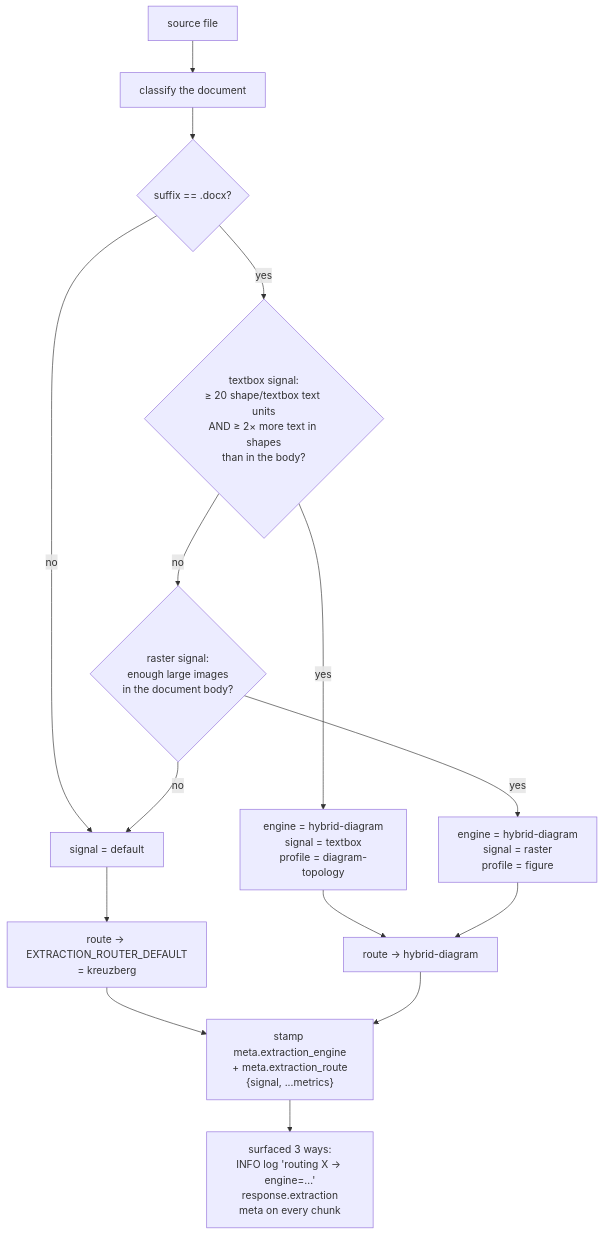
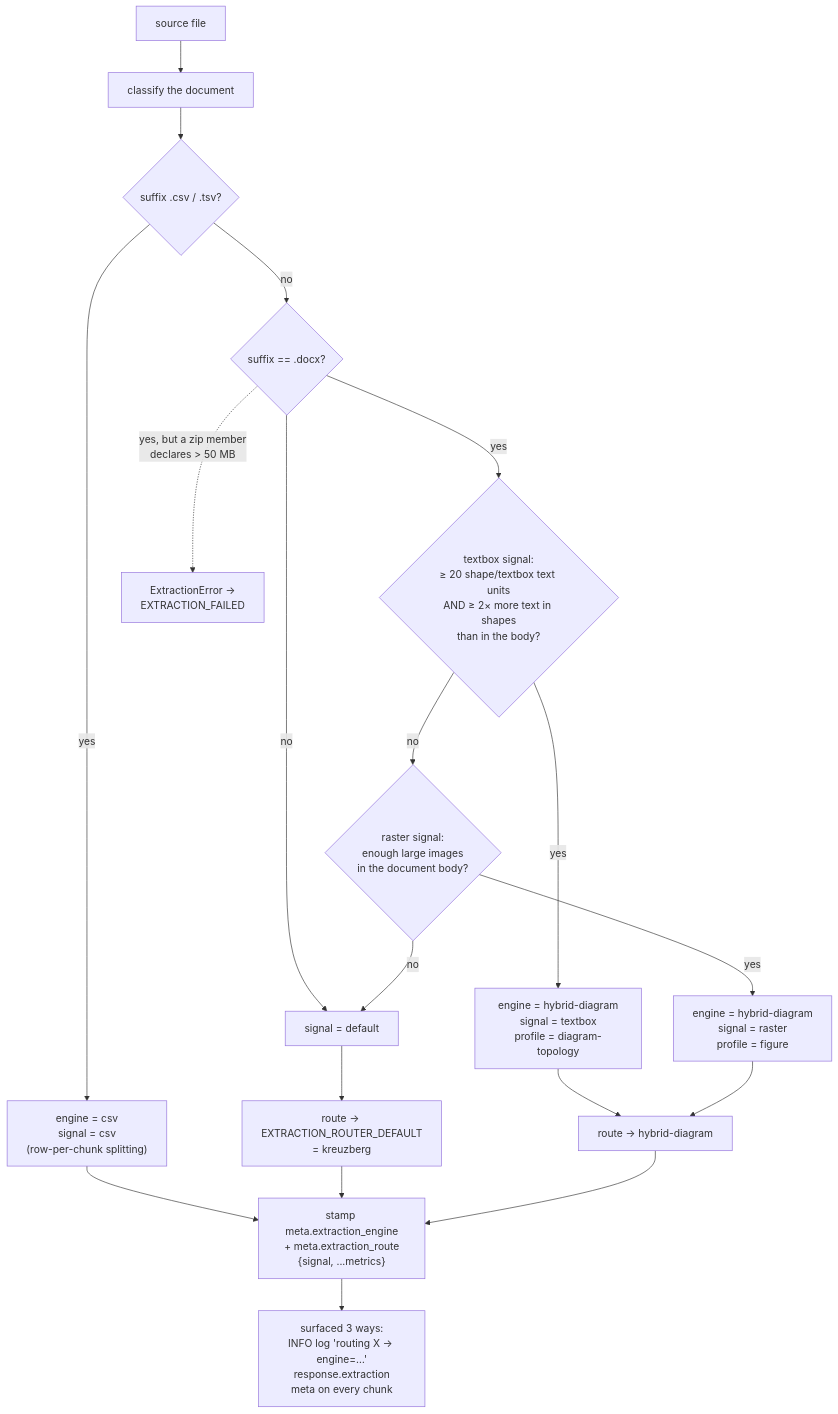
One commit to AarhusAI/ingestion-service changed the third of 5 diagrams in docs/data-flow.md. Above: the diagram before and after it, drawn with Mermaid. The commit also changed other lines of this file, not shown here.

````diff
--- a/docs/data-flow.md
+++ b/docs/data-flow.md
@@ -132,20 +146,24 @@
 ```mermaid
 flowchart TD
     SRC["source file"] --> CLS["classify the document"]
-    CLS --> EXT{"suffix == .docx?"}
+    CLS --> CSVX{"suffix .csv / .tsv?"}
+    CSVX -->|yes| CSV["engine = csv<br/>signal = csv<br/>(row-per-chunk splitting)"]
+    CSVX -->|no| EXT{"suffix == .docx?"}
     EXT -->|no| DEF["signal = default"]
 
     EXT -->|yes| TB{"textbox signal:<br/>≥ 20 shape/textbox text units<br/>AND ≥ 2× more text in shapes<br/>than in the body?"}
     TB -->|yes| DIAG["engine = hybrid-diagram<br/>signal = textbox<br/>profile = diagram-topology"]
     TB -->|no| RAS{"raster signal:<br/>enough large images<br/>in the document body?"}
     RAS -->|yes| DIAGR["engine = hybrid-diagram<br/>signal = raster<br/>profile = figure"]
     RAS -->|no| DEF
 
     DEF --> KRZ["route → EXTRACTION_ROUTER_DEFAULT<br/>= kreuzberg"]
     DIAG --> HYB["route → hybrid-diagram"]
     DIAGR --> HYB
+    CSV --> STAMP
 
     KRZ --> STAMP["stamp meta.extraction_engine<br/>+ meta.extraction_route<br/>{signal, ...metrics}"]
     HYB --> STAMP
     STAMP --> LOG["surfaced 3 ways:<br/>INFO log 'routing X -> engine=…'<br/>response.extraction<br/>meta on every chunk"]
+    EXT -.->|"yes, but a zip member<br/>declares > 50 MB"| FAIL["ExtractionError →<br/>EXTRACTION_FAILED"]
 ```
````
